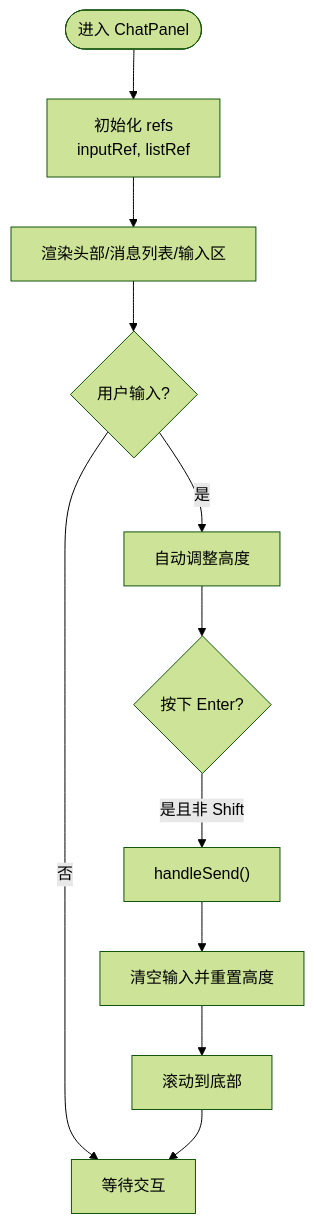
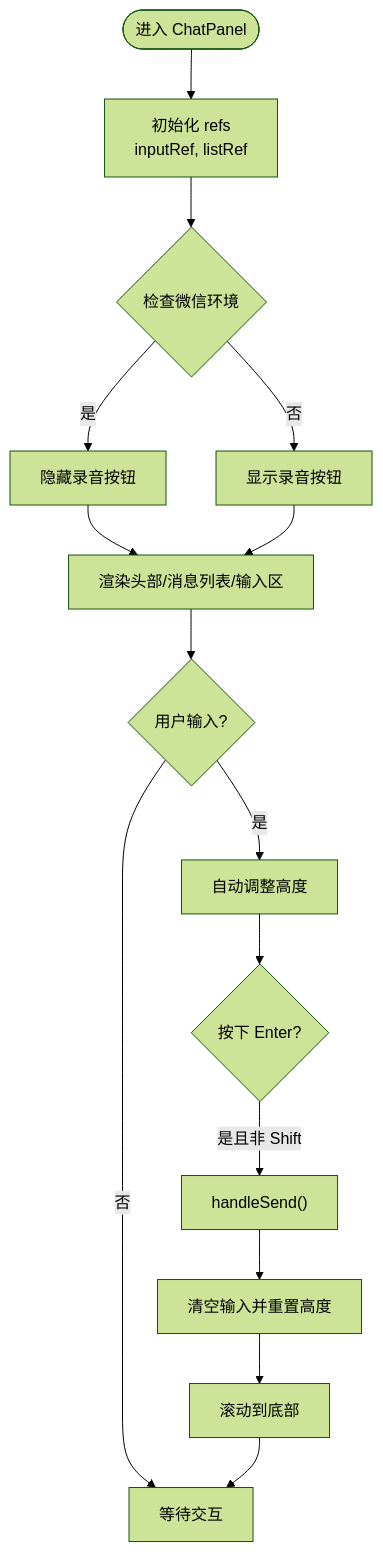
One commit to leo21cn/real-time-talk changed the third of 10 diagrams in .qoder/repowiki/zh/content/前端应用/聊天界面组件.md. Above: the diagram before and after it, drawn with Mermaid (forest theme). The commit also changed other lines of this file and 36 other files, not shown here.

````diff
--- a/.qoder/repowiki/zh/content/前端应用/聊天界面组件.md
+++ b/.qoder/repowiki/zh/content/前端应用/聊天界面组件.md
@@ -153,13 +177,17 @@
 ```mermaid
 flowchart TD
 Start(["进入 ChatPanel"]) --> InitRefs["初始化 refs<br/>inputRef, listRef"]
-InitRefs --> Render["渲染头部/消息列表/输入区"]
+InitRefs --> CheckEnv{"检查微信环境"}
+CheckEnv --> |是| HideMic["隐藏录音按钮"]
+CheckEnv --> |否| ShowMic["显示录音按钮"]
+HideMic --> Render["渲染头部/消息列表/输入区"]
+ShowMic --> Render
 Render --> UserInput{"用户输入?"}
 UserInput --> |是| AutoHeight["自动调整高度"]
 AutoHeight --> KeyDown{"按下 Enter?"}
 KeyDown --> |是且非 Shift| Send["handleSend()"]
 Send --> ClearInput["清空输入并重置高度"]
 ClearInput --> Scroll["滚动到底部"]
 UserInput --> |否| Idle["等待交互"]
 Scroll --> Idle
 ```
````
